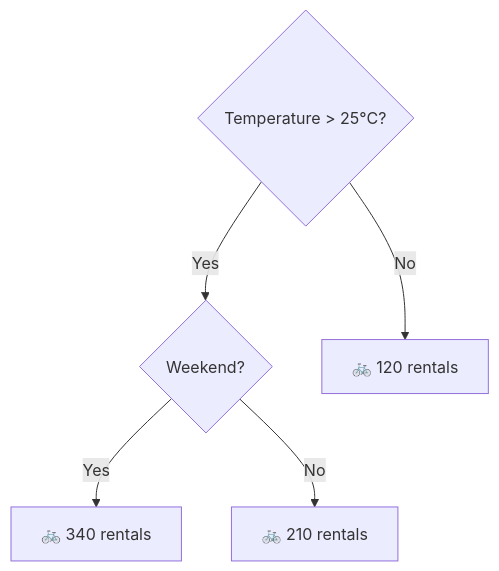
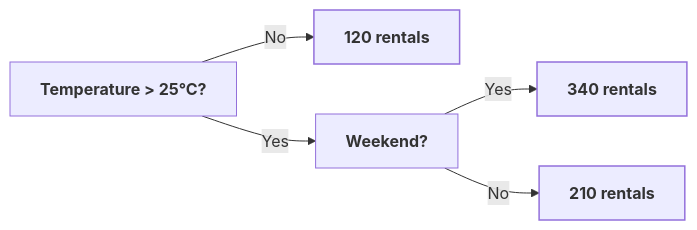
The second of 2 diagrams in docs/data-science/supervised/regression.md (shaokiat/shaokiat-blog), drawn with Mermaid before and after one commit. The commit also changed other lines of this file and 41 other files, not shown here.

````diff
--- a/docs/data-science/supervised/regression.md
+++ b/docs/data-science/supervised/regression.md
@@ -353,8 +260,10 @@
 ```mermaid
-graph TD
-    A{"Temperature > 25°C?"}
-    A -->|Yes| B{"Weekend?"}
-    A -->|No| C["🚲 120 rentals"]
-    B -->|Yes| D["🚲 340 rentals"]
-    B -->|No| E["🚲 210 rentals"]
+flowchart LR
+    A["<b>Temperature > 25°C?</b>"] -->|No| C["<b>120 rentals</b>"]
+    A -->|Yes| B["<b>Weekend?</b>"]
+    B -->|Yes| D["<b>340 rentals</b>"]
+    B -->|No| E["<b>210 rentals</b>"]
+
+    classDef accent stroke-width:1.5px
+    class C,D,E accent
 ```
````
